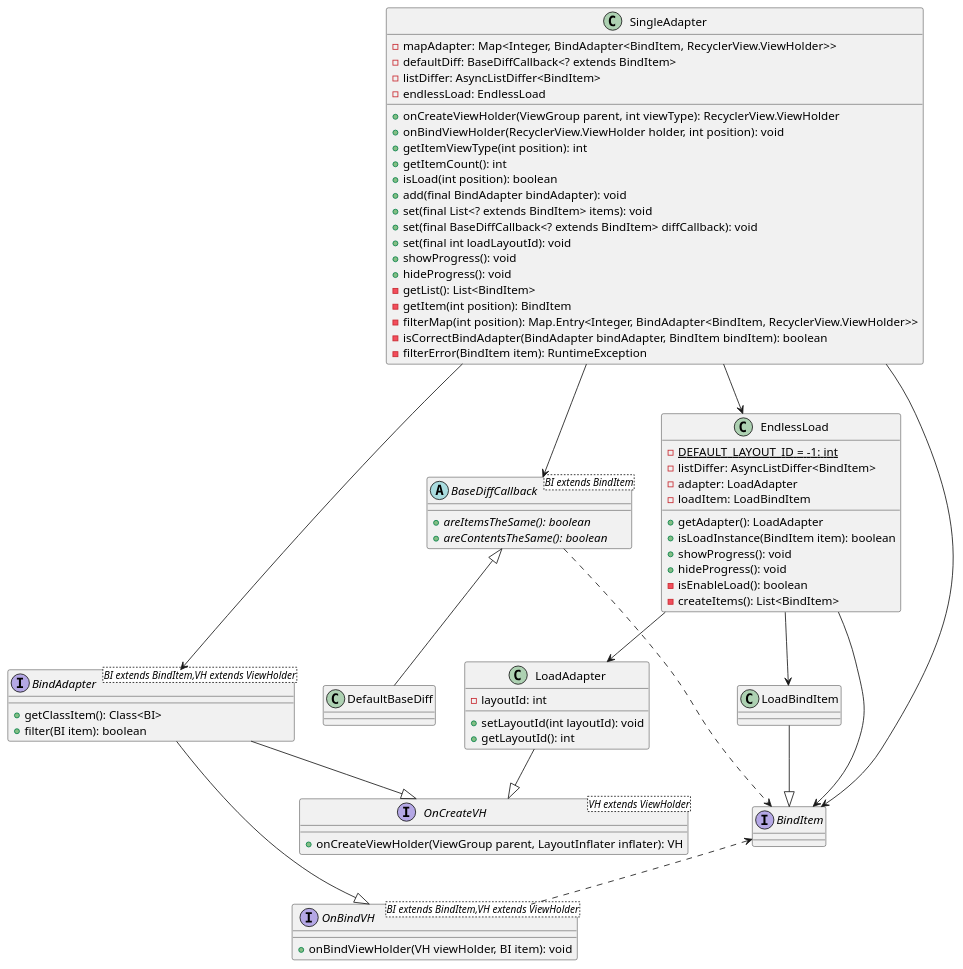
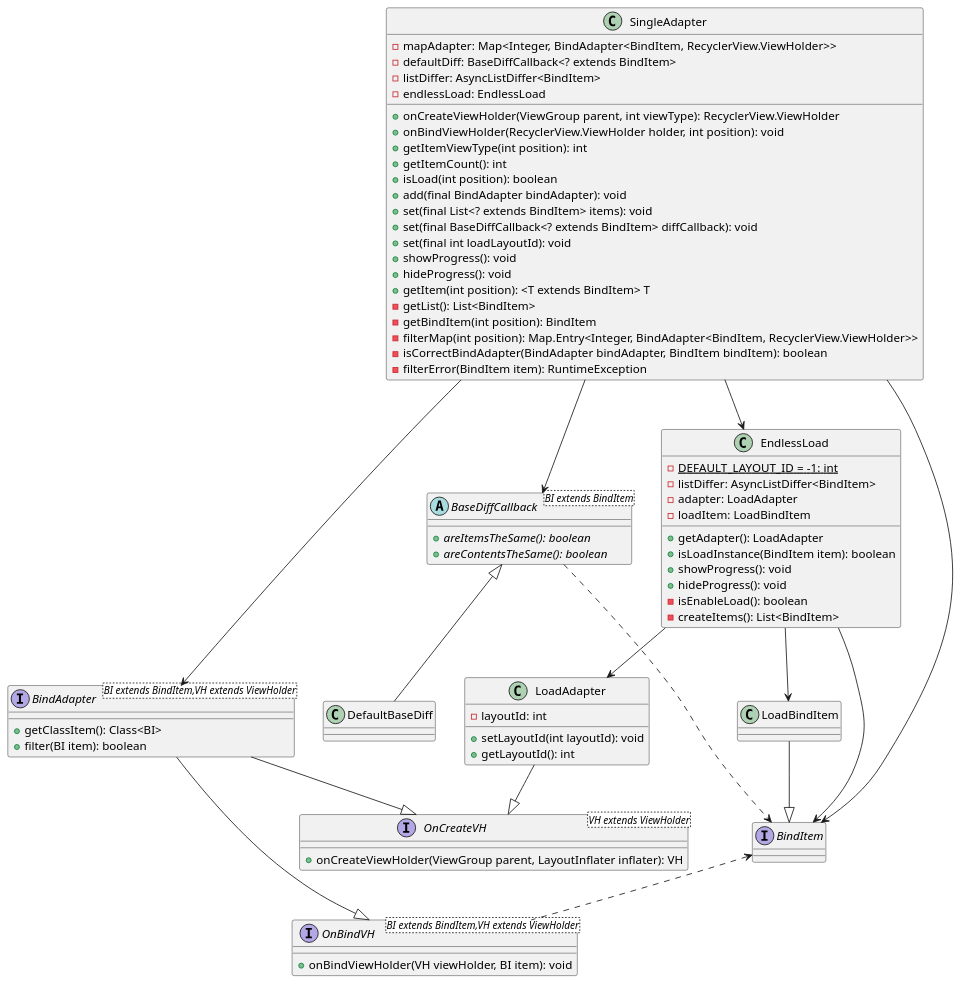
The diagram in singleAdapter/src/main/java/com/vanskarner/singleadapter/Diagram.puml (vanskarner/SingleAdapter), drawn with PlantUML before and after one commit.

Commit message:
Diagram.puml update #10

```diff
--- a/singleAdapter/src/main/java/com/vanskarner/singleadapter/Diagram.puml
+++ b/singleAdapter/src/main/java/com/vanskarner/singleadapter/Diagram.puml
@@ -1,77 +1,78 @@
 @startuml
 'https://plantuml.com/class-diagram
 class SingleAdapter{
     - mapAdapter: Map<Integer, BindAdapter<BindItem, RecyclerView.ViewHolder>>
     - defaultDiff: BaseDiffCallback<? extends BindItem>
     - listDiffer: AsyncListDiffer<BindItem>
     - endlessLoad: EndlessLoad
 
     + onCreateViewHolder(ViewGroup parent, int viewType): RecyclerView.ViewHolder
     + onBindViewHolder(RecyclerView.ViewHolder holder, int position): void
     + getItemViewType(int position): int
     + getItemCount(): int
     + isLoad(int position): boolean
     + add(final BindAdapter bindAdapter): void
     + set(final List<? extends BindItem> items): void
     + set(final BaseDiffCallback<? extends BindItem> diffCallback): void
     + set(final int loadLayoutId): void
     + showProgress(): void
     + hideProgress(): void
+    + getItem(int position): <T extends BindItem> T
     - getList(): List<BindItem>
-    - getItem(int position): BindItem
+    - getBindItem(int position): BindItem
     - filterMap(int position): Map.Entry<Integer, BindAdapter<BindItem, RecyclerView.ViewHolder>>
     - isCorrectBindAdapter(BindAdapter bindAdapter, BindItem bindItem): boolean
     - filterError(BindItem item): RuntimeException
 }
 class EndlessLoad{
     - {static} DEFAULT_LAYOUT_ID = -1: int
     - listDiffer: AsyncListDiffer<BindItem>
     - adapter: LoadAdapter
     - loadItem: LoadBindItem
 
     + getAdapter(): LoadAdapter
     + isLoadInstance(BindItem item): boolean
     + showProgress(): void
     + hideProgress(): void
     - isEnableLoad(): boolean
     - createItems(): List<BindItem>
 }
 class LoadAdapter{
     - layoutId: int
     + setLayoutId(int layoutId): void
     + getLayoutId(): int
 }
 class LoadBindItem
 abstract class BaseDiffCallback<BI extends BindItem>{
     + {abstract} areItemsTheSame(): boolean
     + {abstract} areContentsTheSame(): boolean
 }
 class DefaultBaseDiff
 interface BindItem
 interface OnCreateVH<VH extends ViewHolder>{
     + onCreateViewHolder(ViewGroup parent, LayoutInflater inflater): VH
 }
 interface OnBindVH<BI extends BindItem,VH extends ViewHolder>{
     + onBindViewHolder(VH viewHolder, BI item): void
 }
 interface BindAdapter<BI extends BindItem,VH extends ViewHolder>{
     + getClassItem(): Class<BI>
     + filter(BI item): boolean
 }
 
 SingleAdapter --> BindAdapter
 SingleAdapter --> BindItem
 SingleAdapter --> BaseDiffCallback
 SingleAdapter --> EndlessLoad
 BindItem <.. OnBindVH
 BindAdapter --|> OnCreateVH
 BindAdapter --|> OnBindVH
 BaseDiffCallback ..> BindItem
 BaseDiffCallback <|-- DefaultBaseDiff
 EndlessLoad --> BindItem
 EndlessLoad --> LoadAdapter
 EndlessLoad --> LoadBindItem
 LoadAdapter --|> OnCreateVH
 LoadBindItem --|> BindItem
 
 @enduml
```
